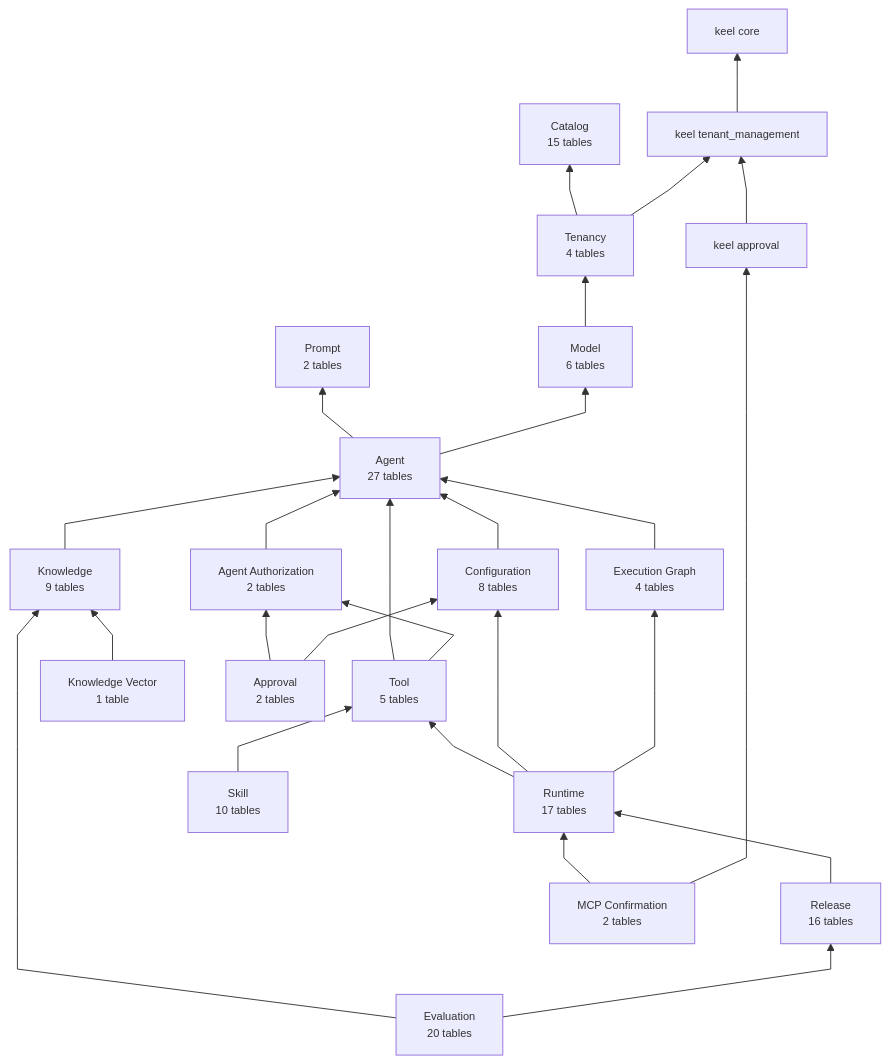
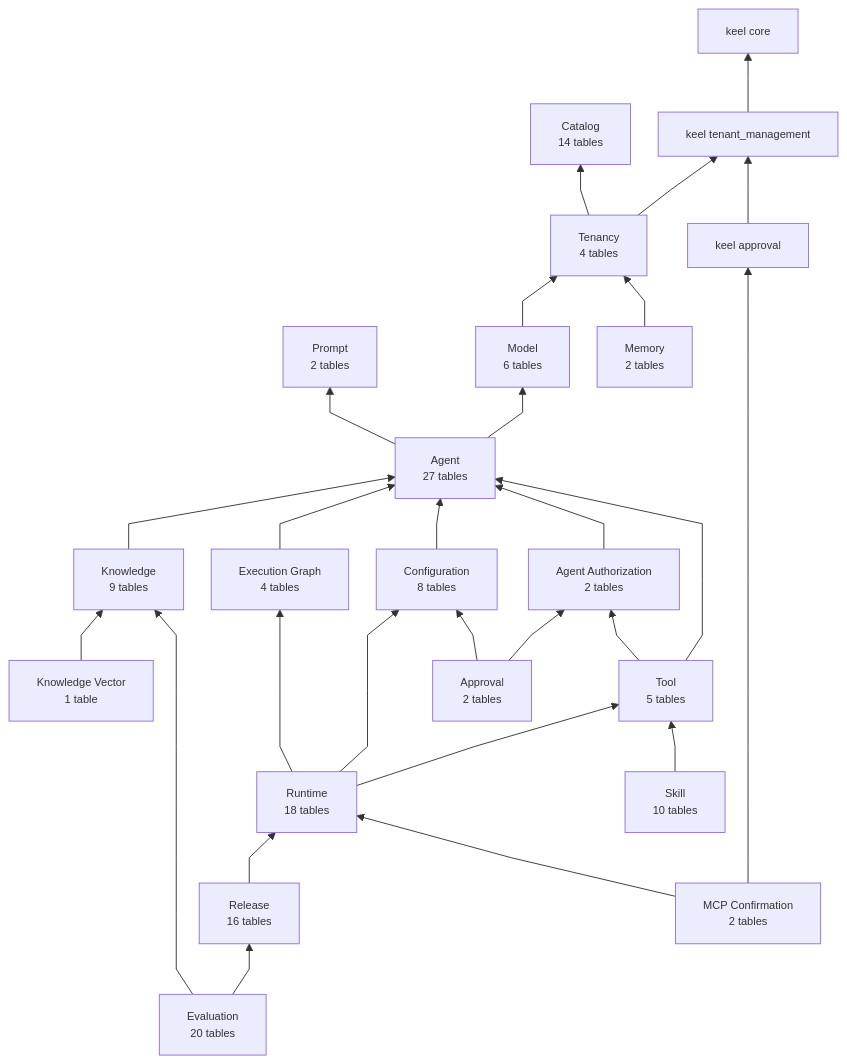
Before and after one commit to nauticana/scout: the first of 24 diagrams in doc/database.md, drawn with Mermaid. The commit also changed other lines of this file and 59 other files, not shown here.

Commit message:
keel currency catalog, named agents, fact evidence, tool denylist, confirmation inbox, tenant memory

````diff
--- a/doc/database.md
+++ b/doc/database.md
@@ -21,51 +21,57 @@
 ```mermaid
 %%{init: {"flowchart": {"curve": "linear", "nodeSpacing": 30, "rankSpacing": 55, "diagramPadding": 12}, "themeVariables": {"fontSize": "12px"}}}%%
 flowchart BT
 
+    agent --> prompt
+    tenancy --> catalog
     tenant_management --> core
-    tenancy --> catalog
+
     tenancy --> tenant_management
+    keel_approval --> tenant_management
+
     model --> tenancy
-    agent --> prompt
+    memory --> tenancy
+
     agent --> model
+    knowledge --> agent
+    execution_graph_module --> agent
+    configuration_module --> agent
+    agent_authorization_module --> agent
+    approval --> agent_authorization_module
+    tool --> agent_authorization_module
     tool --> agent
-    tool --> agent_authorization_module
-    knowledge --> agent
-    configuration_module --> agent
-    execution_graph_module --> agent
-    agent_authorization_module --> agent
-    knowledge_vector --> knowledge
+
     runtime --> tool
     runtime --> configuration_module
     runtime --> execution_graph_module
+    knowledge_vector --> knowledge
+    approval --> configuration_module
+    skill --> tool
     release --> runtime
+    mcp_confirmation --> runtime
+    mcp_confirmation --> keel_approval
     evaluation --> knowledge
     evaluation --> release
-    approval --> agent_authorization_module
-    approval --> configuration_module
-    skill --> tool
-    mcp_confirmation --> runtime
-    mcp_confirmation --> keel_approval
-    keel_approval --> tenant_management
 
     core["keel core"]
     tenant_management["keel tenant_management"]
     keel_approval["keel approval"]
-    catalog["Catalog<br/>15 tables"]
+    catalog["Catalog<br/>14 tables"]
     tenancy["Tenancy<br/>4 tables"]
     prompt["Prompt<br/>2 tables"]
     model["Model<br/>6 tables"]
     agent["Agent<br/>27 tables"]
     tool["Tool<br/>5 tables"]
     execution_graph_module["Execution Graph<br/>4 tables"]
     knowledge["Knowledge<br/>9 tables"]
     knowledge_vector["Knowledge Vector<br/>1 table"]
-    runtime["Runtime<br/>17 tables"]
+    runtime["Runtime<br/>18 tables"]
     release["Release<br/>16 tables"]
     evaluation["Evaluation<br/>20 tables"]
     agent_authorization_module["Agent Authorization<br/>2 tables"]
     configuration_module["Configuration<br/>8 tables"]
     approval["Approval<br/>2 tables"]
     skill["Skill<br/>10 tables"]
+    memory["Memory<br/>2 tables"]
     mcp_confirmation["MCP Confirmation<br/>2 tables"]
 ```
````
